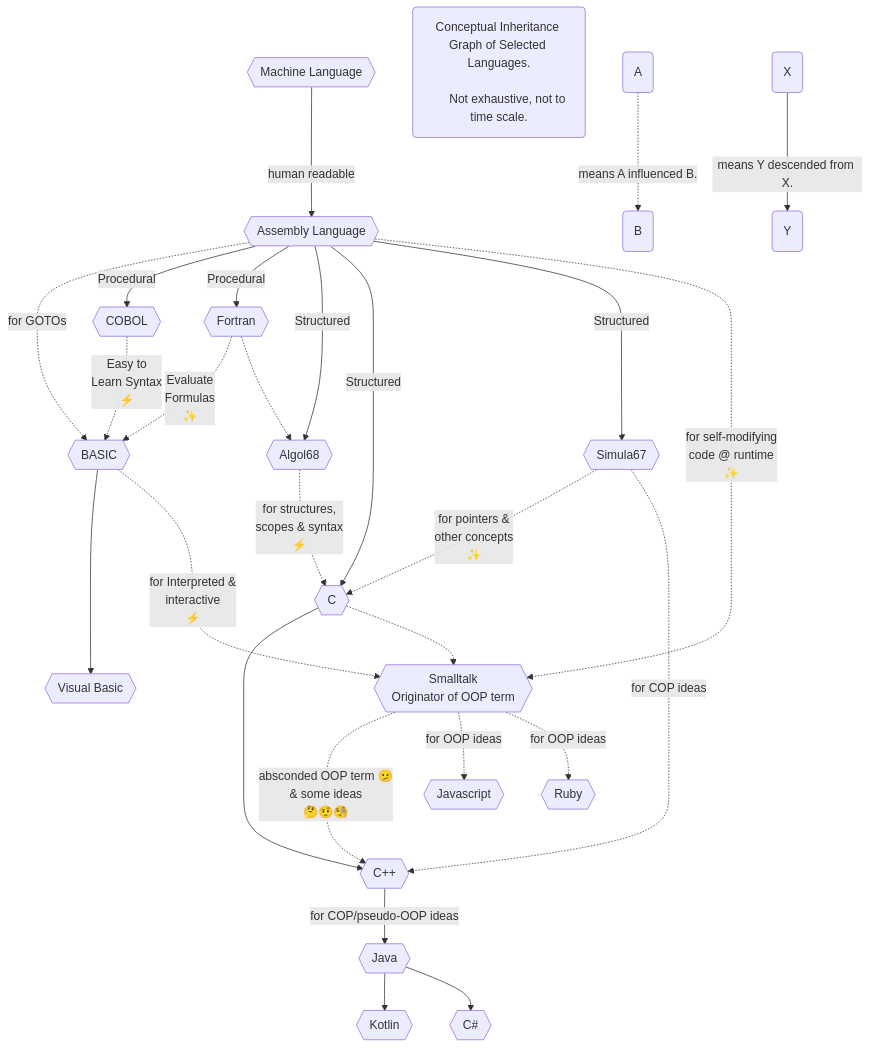
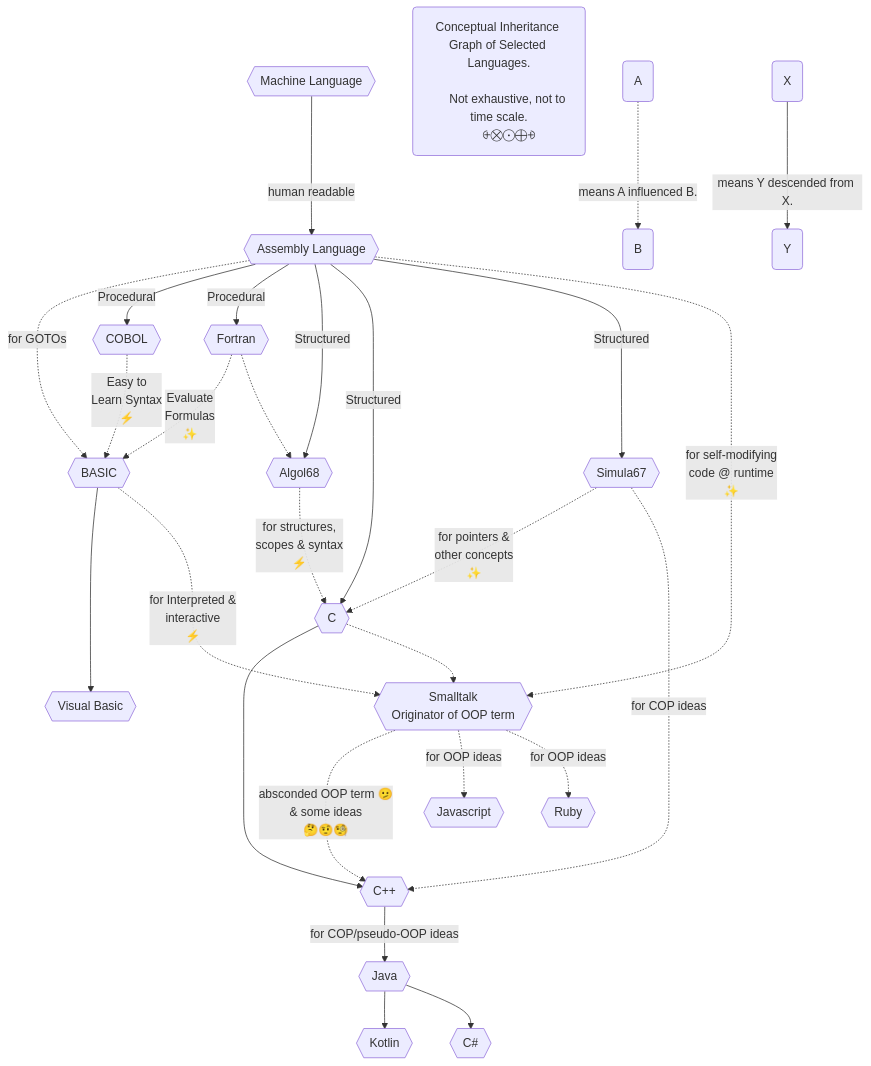
One commit to realityexpander/How_to_program_from_ground_up changed the diagram in 13-Conclusion.md. Above: the diagram before and after it, drawn with Mermaid.

Commit message:
Add emojis

````diff
--- a/13-Conclusion.md
+++ b/13-Conclusion.md
@@ -23,55 +23,56 @@
   ```mermaid
     graph TB
         MachineLanguage{{Machine Language}} -->|human readable| AssemblyLanguage
         AssemblyLanguage{{Assembly Language}} -.->|for GOTOs|Basic
         AssemblyLanguage{{Assembly Language}} -->|Procedural|COBOL
         AssemblyLanguage{{Assembly Language}} -->|Procedural|Fortran
         AssemblyLanguage{{Assembly Language}} -->|Structured|Algol68
         AssemblyLanguage{{Assembly Language}} -->|Structured|C
         AssemblyLanguage{{Assembly Language}} -->|Structured|Simula67
-        COBOL{{"COBOL"}} -.->|Easy to 
-                            Learn Syntax
-                            ⚡️️|Basic
+        COBOL{{"COBOL"}} -.->|"Easy to 
+                              Learn Syntax
+                              ⚡️️"|Basic
         Basic{{"BASIC"}} ---> VisualBasic
-        Fortran{{"Fortran"}} -.->|Evaluate 
-                                Formulas
-                                ✨|Basic
+        Fortran{{"Fortran"}} -.->|"Evaluate 
+                                  Formulas
+                                  ✨"|Basic
         Algol68{{Algol68}} -.->|"for structures, 
-                             scopes & syntax
-                             ⚡️️
-                             "|C
+                                scopes & syntax
+                                ⚡️️
+                                "|C
         Simula67{{"Simula67"}} -.->|"for pointers & 
-                                  other concepts
-                                  ✨"|C
+                                    other concepts
+                                    ✨"|C
         C{{"C"}} -->Cplusplus
         C -.->Smalltalk
         Simula67 -.->|for COP ideas|Cplusplus
         Cplusplus{{"C++"}} -->|for COP/pseudo-OOP ideas|Java
         Smalltalk -..->|"absconded OOP term 🫤 
                         & some ideas
                         🤔🤨🧐"|Cplusplus
         Java{{Java}} -->Kotlin
         Java -->CSharp
         CSharp{{"C#"}}
         Fortran -.->Algol68
         Smalltalk{{"Smalltalk
                   Originator of OOP term"}} -.->|for OOP ideas|Javascript
         Smalltalk -.->|for OOP ideas|Ruby
-        Basic -.-> |for Interpreted & 
+        Basic -.-> |"for Interpreted & 
                     interactive
-                    ⚡️|Smalltalk
-        AssemblyLanguage-.->|for self-modifying 
-                             code @ runtime
-                             ✨|Smalltalk
+                    ⚡️"|Smalltalk
+        AssemblyLanguage-.->|"for self-modifying 
+                              code @ runtime
+                              ✨"|Smalltalk
         Kotlin{{Kotlin}}
         Ruby{{Ruby}}
         Javascript{{Javascript}}
         VisualBasic{{"Visual Basic"}}
     
     Note("Conceptual Inheritance Graph of Selected Languages.
           
-          Not exhaustive, not to time scale.")
+          Not exhaustive, not to time scale.
+          ⨭⨂⨀⨁⨮")
     A("A") -.-> |means A influenced B.| B("B")
     X("X") --> |means Y descended from X.| Y("Y")
     
   ```
````
